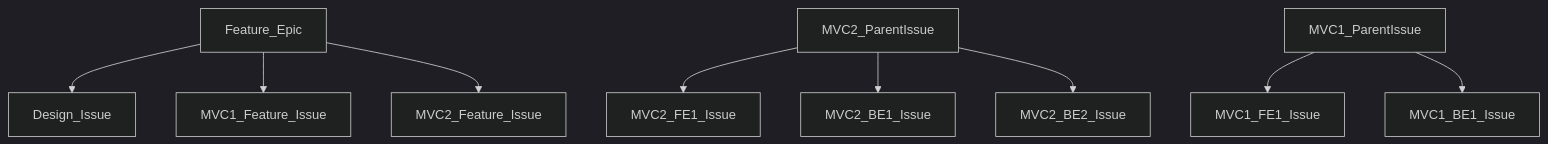
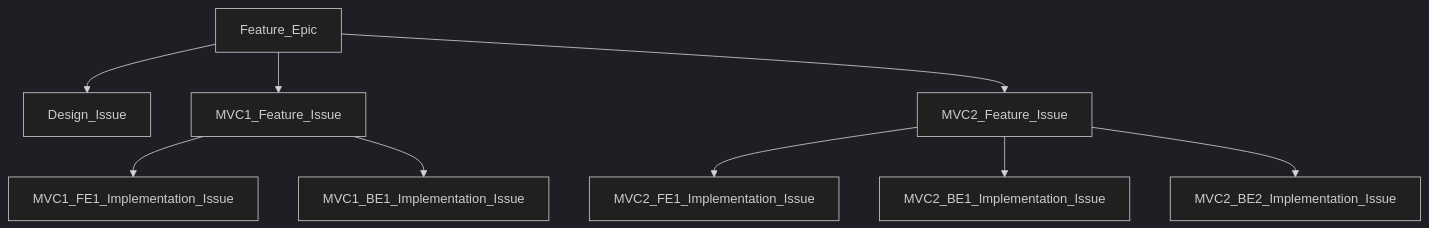
Before and after one commit to secretstartups/handbook: the ninth of 11 diagrams in development/threat-management/planning/diagram.html.md, drawn with Mermaid (dark theme). The commit also changed other lines of this file, not shown here.

Commit message:
Corrected mermaid diagram labels

````diff
--- a/development/threat-management/planning/diagram.html.md
+++ b/development/threat-management/planning/diagram.html.md
@@ -266,12 +267,12 @@
 ```mermaid
 graph TD;
 Feature_Epic-->Design_Issue;
 Feature_Epic-->MVC1_Feature_Issue; 
 Feature_Epic-->MVC2_Feature_Issue;
-MVC2_ParentIssue-->MVC2_FE1_Issue;
-MVC2_ParentIssue-->MVC2_BE1_Issue;
-MVC2_ParentIssue-->MVC2_BE2_Issue;
-MVC1_ParentIssue-->MVC1_FE1_Issue;
-MVC1_ParentIssue-->MVC1_BE1_Issue;
+MVC2_Feature_Issue-->MVC2_FE1_Implementation_Issue;
+MVC2_Feature_Issue-->MVC2_BE1_Implementation_Issue;
+MVC2_Feature_Issue-->MVC2_BE2_Implementation_Issue;
+MVC1_Feature_Issue-->MVC1_FE1_Implementation_Issue;
+MVC1_Feature_Issue-->MVC1_BE1_Implementation_Issue;
 
 ```
````
